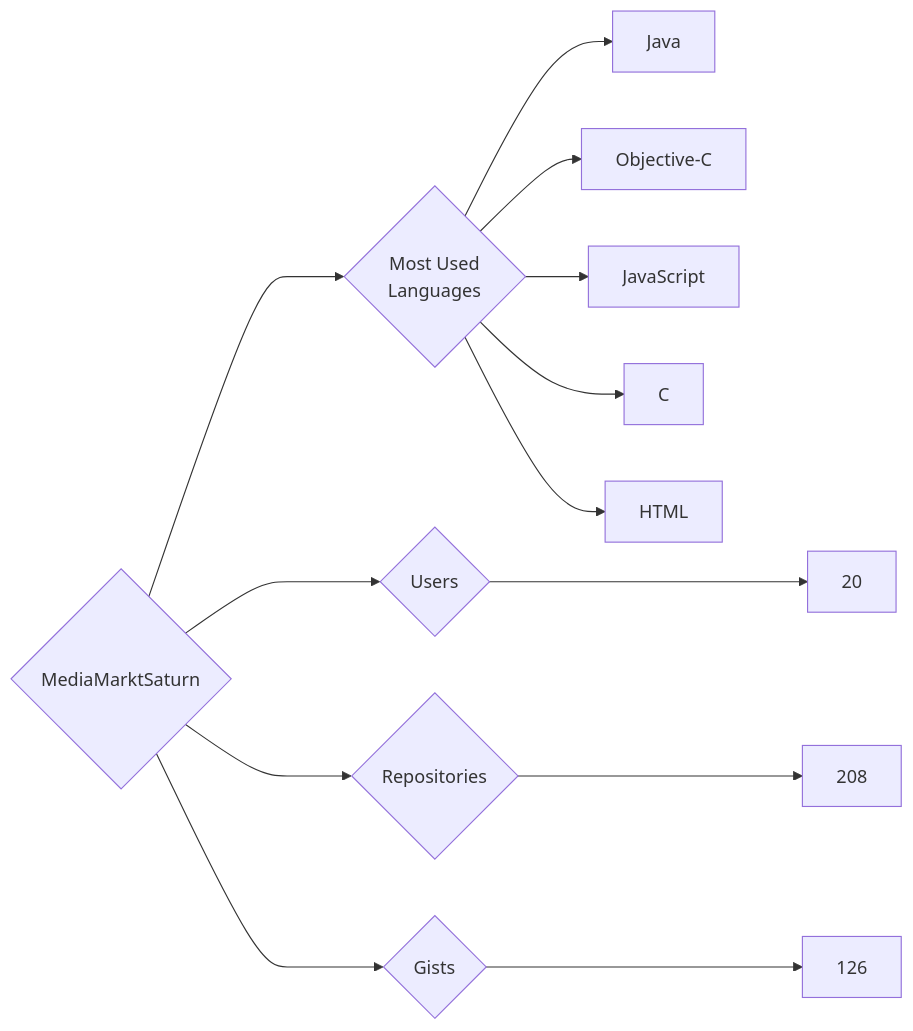
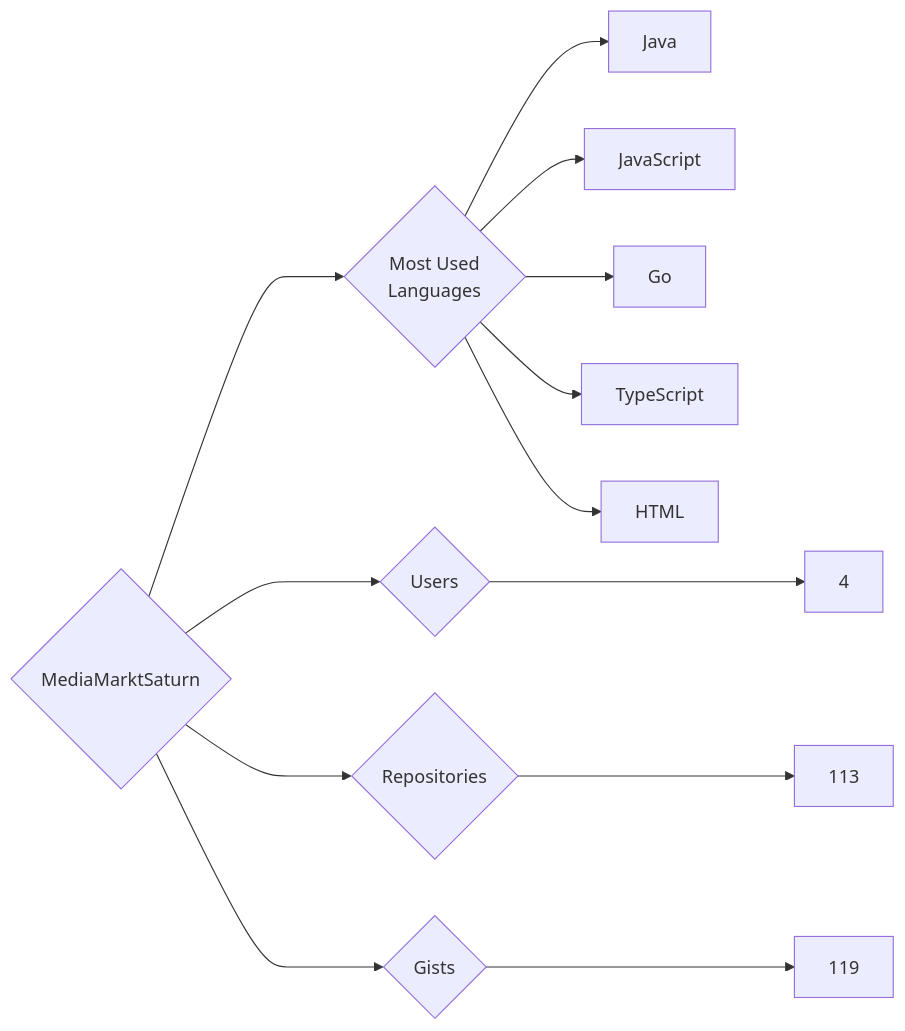
One commit to trickest/insiders changed the diagram in targets/MediaMarktSaturn/README.md. Above: the diagram before and after it, drawn with Mermaid. The commit also changed 903 other files, not shown here.

````diff
--- a/targets/MediaMarktSaturn/README.md
+++ b/targets/MediaMarktSaturn/README.md
@@ -3,13 +3,13 @@
 ```mermaid
 graph LR
 COMPANY_NAME{MediaMarktSaturn}
-COMPANY_NAME ---> U{Users} ---> UN[20]
-COMPANY_NAME ---> R{Repositories} ---> RN[208]
-COMPANY_NAME ---> G{Gists} ---> GN[126]
+COMPANY_NAME ---> U{Users} ---> UN[4]
+COMPANY_NAME ---> R{Repositories} ---> RN[113]
+COMPANY_NAME ---> G{Gists} ---> GN[119]
 COMPANY_NAME ---> ML{Most Used<br>Languages}
 ML --> Java[Java]
-ML --> Objective-C[Objective-C]
 ML --> JavaScript[JavaScript]
-ML --> C[C]
+ML --> Go[Go]
+ML --> TypeScript[TypeScript]
 ML --> HTML[HTML]
 ```
````
